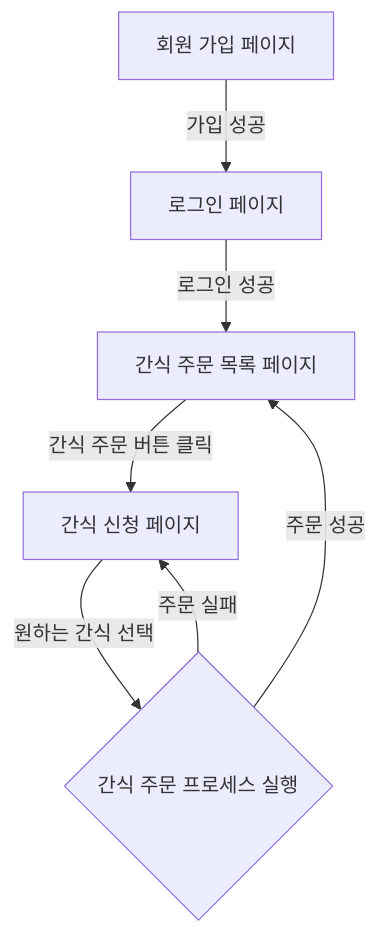
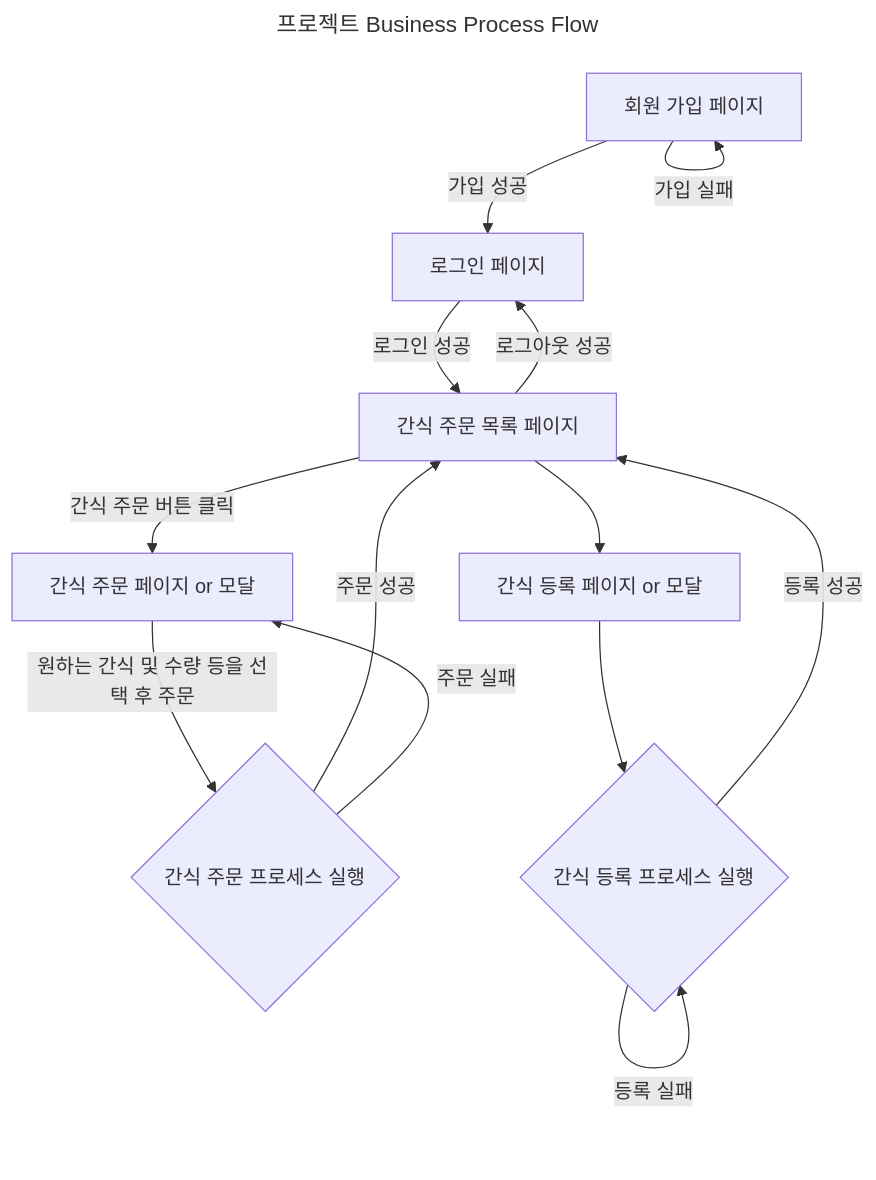
One commit to orchwang/snack-manager-server changed the first of 3 diagrams in README.md. Above: the diagram before and after it, drawn with Mermaid. The commit also changed other lines of this file and 1 other file, not shown here.

Commit message:
Update business processes in README

````diff
--- a/README.md
+++ b/README.md
@@ -254,16 +235,28 @@
 ```mermaid
+---
+title: 프로젝트 Business Process Flow
+---
 flowchart TD
-  signup[회원 가입 페이지]
-  login[로그인 페이지]
-  orderlist[간식 주문 목록 페이지]
-  order[간식 신청 페이지]
-
-  orderprocess{간식 주문 프로세스 실행}
-
-  signup --> |가입 성공| login
-  login --> |로그인 성공| orderlist
-  orderlist --> |간식 주문 버튼 클릭| order
-  order --> |원하는 간식 선택| orderprocess
-  orderprocess --> |주문 성공| orderlist
-  orderprocess --> |주문 실패| order
+    signup[회원 가입 페이지]
+    login[로그인 페이지]
+    orderlist[간식 주문 목록 페이지]
+    ordersnack[간식 주문 페이지 or 모달]
+    registersnack[간식 등록 페이지 or 모달]
+    
+    orderprocess{간식 주문 프로세스 실행}
+    registerprocess{간식 등록 프로세스 실행}
+    
+    signup --> |가입 성공| login
+    signup --> |가입 실패| signup
+    login --> |로그인 성공| orderlist
+    orderlist --> |로그아웃 성공| login
+    
+    orderlist --> registersnack
+    registersnack --> registerprocess
+    registerprocess --> |등록 성공| orderlist
+    registerprocess --> |등록 실패| registerprocess
+    orderlist --> |간식 주문 버튼 클릭| ordersnack
+    ordersnack --> |원하는 간식 및 수량 등을 선택 후 주문| orderprocess
+    orderprocess --> |주문 성공| orderlist
+    orderprocess --> |주문 실패| ordersnack
 ```
````
